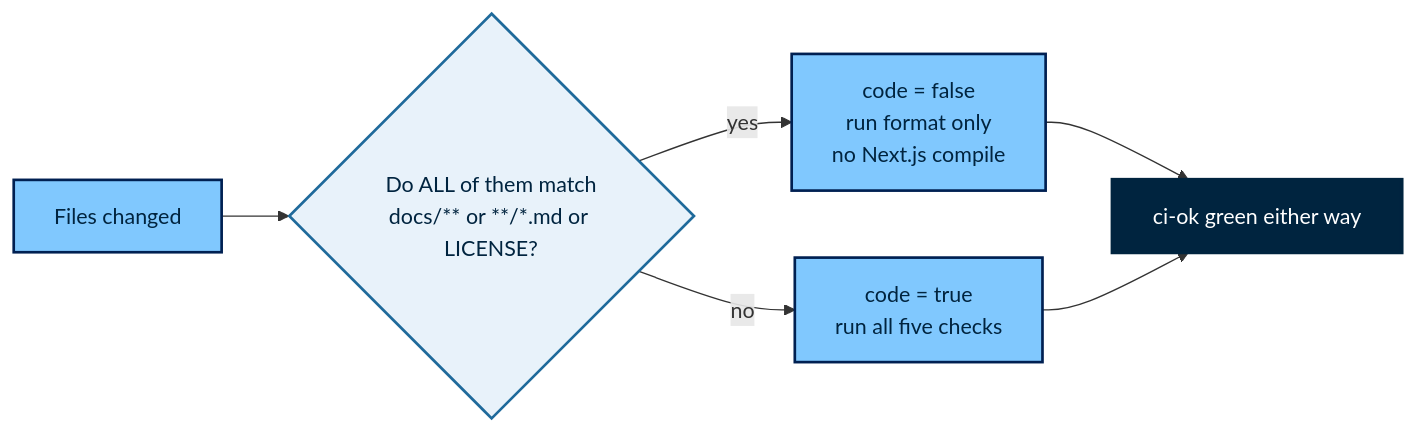
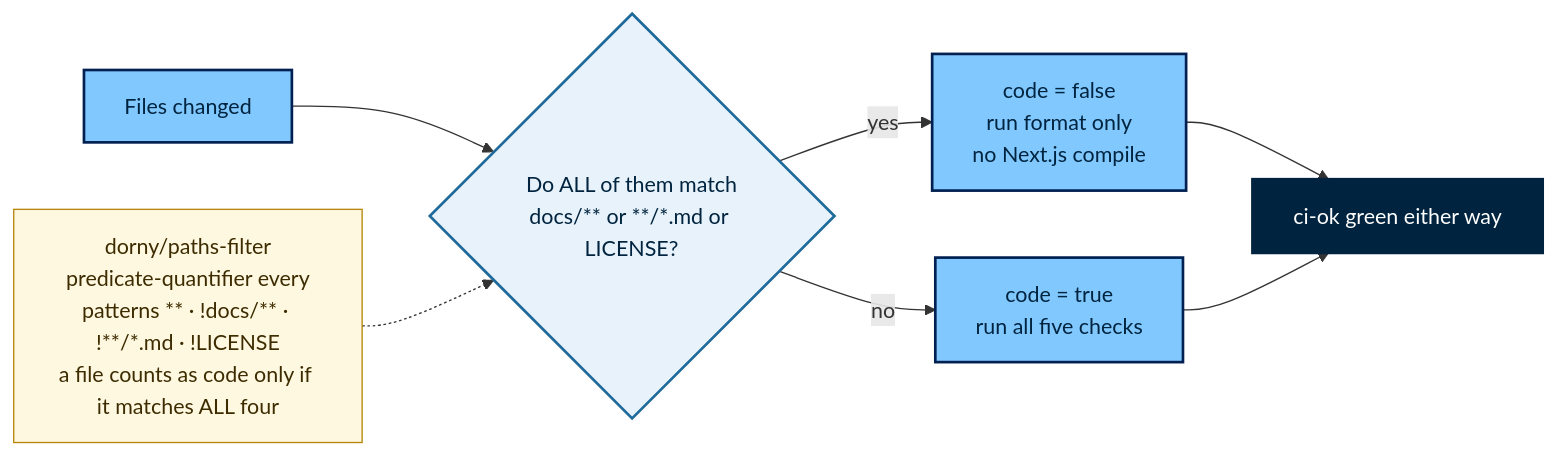
One commit to acmpsu/acm-website changed the sixth of 12 diagrams in docs/ci-map.md. Above: the diagram before and after it, drawn with Mermaid. The commit also changed other lines of this file and 14 other files, not shown here.

````diff
--- a/docs/ci-map.md
+++ b/docs/ci-map.md
@@ -202,16 +192,19 @@
 ```mermaid
 flowchart LR
     F["Files changed"] --> D{"Do ALL of them match<br/>docs/** or **/*.md or LICENSE?"}
     D -->|"yes"| SKIP["code = false<br/>run format only<br/>no Next.js compile"]
     D -->|"no"| RUN["code = true<br/>run all five checks"]
     SKIP --> OK["ci-ok green either way"]
     RUN --> OK
+    M["dorny/paths-filter<br/>predicate-quantifier every<br/>patterns ** · !docs/** · !**/*.md · !LICENSE<br/>a file counts as code only if it matches ALL four"] -.-> D
 
     classDef dec fill:#e8f2fa,stroke:#1f6a9b,stroke-width:2px,color:#00243f
     classDef path fill:#80c8fe,stroke:#002052,stroke-width:2px,color:#00243f
     classDef gate fill:#00243f,stroke:#00243f,stroke-width:3px,color:#ffffff
+    classDef note fill:#fff8e1,stroke:#b8860b,stroke-width:1px,color:#3d2c00
     class D dec
     class SKIP,RUN path
     class OK gate
     class F path
+    class M note
 ```
````
